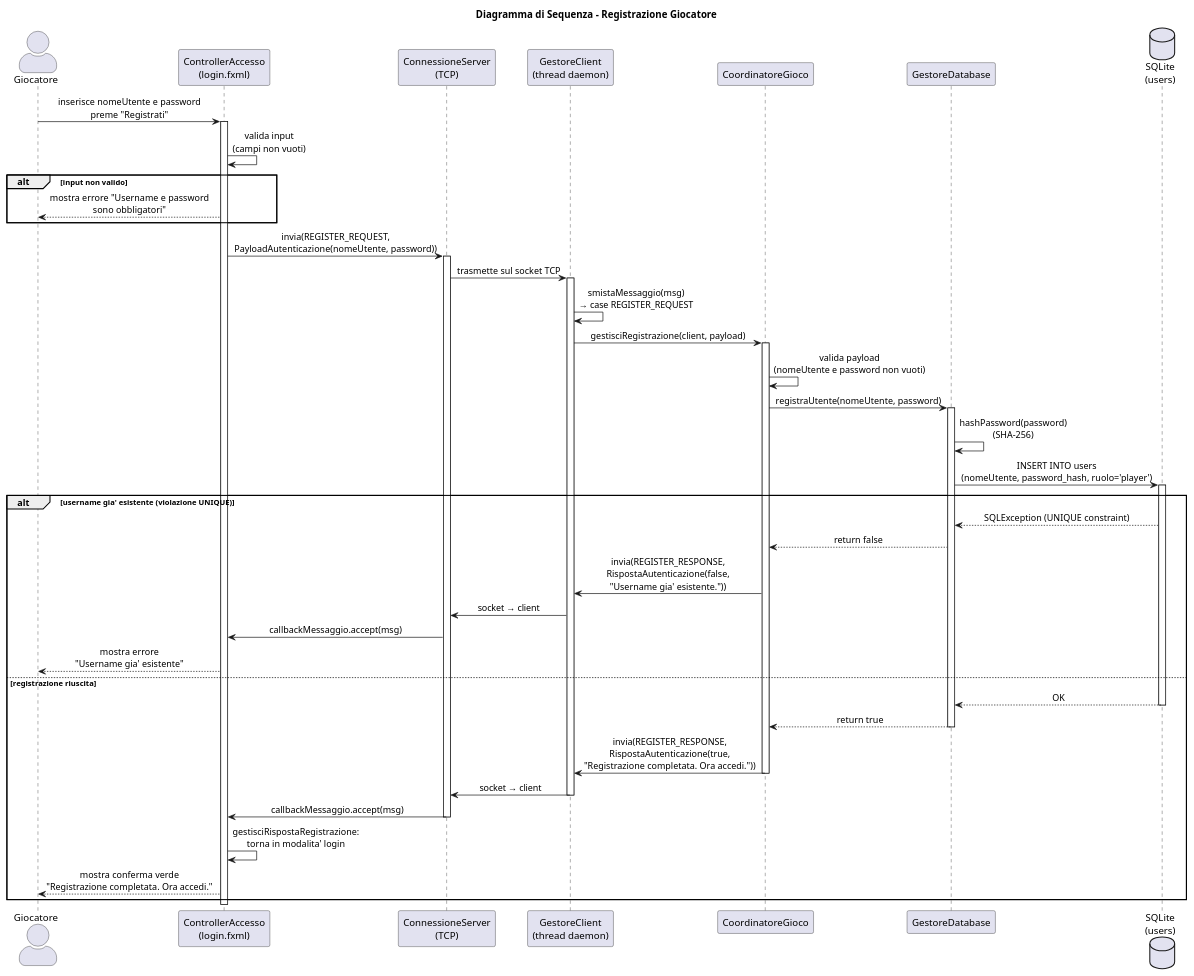
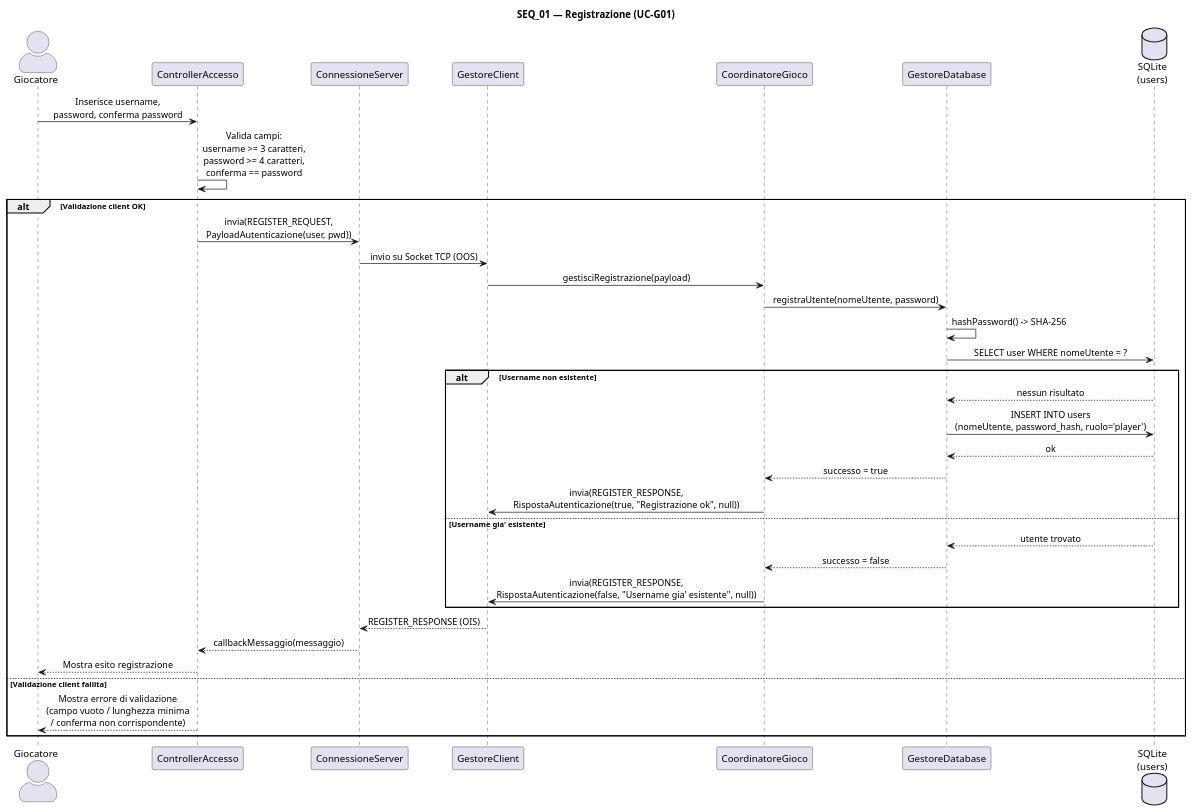
Before and after one commit to Michele-Pio-Russo/Progetto_Java_Avanzata_Gruppo_2: the diagram in Documenti/Diagrammi/SEQ_01_Registrazione.puml, drawn with PlantUML. The commit also changed 26 other files, not shown here.

```diff
--- a/Documenti/Diagrammi/SEQ_01_Registrazione.puml
+++ b/Documenti/Diagrammi/SEQ_01_Registrazione.puml
@@ -1,65 +1,45 @@
 @startuml SEQ_01_Registrazione
 skinparam actorStyle awesome
 skinparam sequenceMessageAlign center
 
-title Diagramma di Sequenza - Registrazione Giocatore
+title SEQ_01 — Registrazione (UC-G01)
 
-actor "Giocatore" as Player
-participant "ControllerAccesso\n(login.fxml)" as Ctrl
-participant "ConnessioneServer\n(TCP)" as Conn
-participant "GestoreClient\n(thread daemon)" as GC
-participant "CoordinatoreGioco" as Coord
-participant "GestoreDatabase" as DB
-database "SQLite\n(users)" as SQLite
+actor "Giocatore" as G
+participant "ControllerAccesso" as CA
+participant "ConnessioneServer" as CONN
+participant "GestoreClient" as GC
+participant "CoordinatoreGioco" as COORD
+participant "GestoreDatabase" as DB_MGR
+database "SQLite\n(users)" as DB
 
-Player -> Ctrl : inserisce nomeUtente e password\npreme "Registrati"
-activate Ctrl
+G -> CA : Inserisce username,\npassword, conferma password
+CA -> CA : Valida campi:\nusername >= 3 caratteri,\npassword >= 4 caratteri,\nconferma == password
 
-Ctrl -> Ctrl : valida input\n(campi non vuoti)
+alt Validazione client OK
+  CA -> CONN : invia(REGISTER_REQUEST,\nPayloadAutenticazione(user, pwd))
+  CONN -> GC : invio su Socket TCP (OOS)
+  GC -> COORD : gestisciRegistrazione(payload)
+  COORD -> DB_MGR : registraUtente(nomeUtente, password)
+  DB_MGR -> DB_MGR : hashPassword() -> SHA-256
+  DB_MGR -> DB : SELECT user WHERE nomeUtente = ?
 
-alt input non valido
-  Ctrl --> Player : mostra errore "Username e password\nsono obbligatori"
+  alt Username non esistente
+    DB --> DB_MGR : nessun risultato
+    DB_MGR -> DB : INSERT INTO users\n(nomeUtente, password_hash, ruolo='player')
+    DB --> DB_MGR : ok
+    DB_MGR --> COORD : successo = true
+    COORD -> GC : invia(REGISTER_RESPONSE,\nRispostaAutenticazione(true, "Registrazione ok", null))
+  else Username gia' esistente
+    DB --> DB_MGR : utente trovato
+    DB_MGR --> COORD : successo = false
+    COORD -> GC : invia(REGISTER_RESPONSE,\nRispostaAutenticazione(false, "Username gia' esistente", null))
+  end
+
+  GC --> CONN : REGISTER_RESPONSE (OIS)
+  CONN --> CA : callbackMessaggio(messaggio)
+  CA --> G : Mostra esito registrazione
+
+else Validazione client fallita
+  CA --> G : Mostra errore di validazione\n(campo vuoto / lunghezza minima\n/ conferma non corrispondente)
 end
-
-Ctrl -> Conn : invia(REGISTER_REQUEST,\nPayloadAutenticazione(nomeUtente, password))
-activate Conn
-Conn -> GC : trasmette sul socket TCP
-activate GC
-
-GC -> GC : smistaMessaggio(msg)\n→ case REGISTER_REQUEST
-GC -> Coord : gestisciRegistrazione(client, payload)
-activate Coord
-
-Coord -> Coord : valida payload\n(nomeUtente e password non vuoti)
-
-Coord -> DB : registraUtente(nomeUtente, password)
-activate DB
-DB -> DB : hashPassword(password)\n(SHA-256)
-DB -> SQLite : INSERT INTO users\n(nomeUtente, password_hash, ruolo='player')
-activate SQLite
-
-alt username gia' esistente (violazione UNIQUE)
-  SQLite --> DB : SQLException (UNIQUE constraint)
-  DB --> Coord : return false
-  Coord -> GC : invia(REGISTER_RESPONSE,\nRispostaAutenticazione(false,\n"Username gia' esistente."))
-  GC -> Conn : socket → client
-  Conn -> Ctrl : callbackMessaggio.accept(msg)
-  Ctrl --> Player : mostra errore\n"Username gia' esistente"
-else registrazione riuscita
-  SQLite --> DB : OK
-  deactivate SQLite
-  DB --> Coord : return true
-  deactivate DB
-  Coord -> GC : invia(REGISTER_RESPONSE,\nRispostaAutenticazione(true,\n"Registrazione completata. Ora accedi."))
-  deactivate Coord
-  GC -> Conn : socket → client
-  deactivate GC
-  Conn -> Ctrl : callbackMessaggio.accept(msg)
-  deactivate Conn
-  Ctrl -> Ctrl : gestisciRispostaRegistrazione:\ntorna in modalita' login
-  Ctrl --> Player : mostra conferma verde\n"Registrazione completata. Ora accedi."
-end
-
-deactivate Ctrl
-
 @enduml
```
